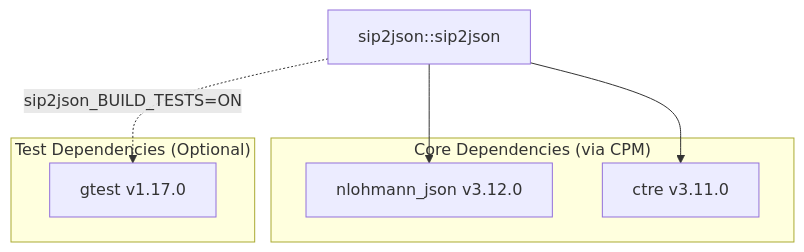
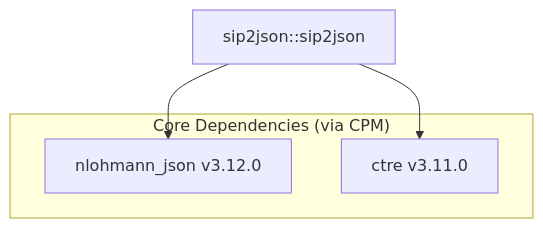
One commit to SiddiqSoft/sip2json changed the diagram in dependencies.md. Above: the diagram before and after it, drawn with Mermaid. The commit also changed other lines of this file and 6 other files, not shown here.

````diff
--- a/dependencies.md
+++ b/dependencies.md
@@ -7,17 +7,12 @@
 ```mermaid
 graph TD
     sip2json["sip2json::sip2json"]
 
     subgraph Core["Core Dependencies (via CPM)"]
         NLOHMANNJSON["nlohmann_json v3.12.0"]
         CTRE["ctre v3.11.0"]
     end
 
-    subgraph Test["Test Dependencies (Optional)"]
-        GTEST["gtest v1.17.0"]
-    end
-
     sip2json --> NLOHMANNJSON
     sip2json --> CTRE
-    sip2json -. "sip2json_BUILD_TESTS=ON" .-> GTEST
 ```
````
